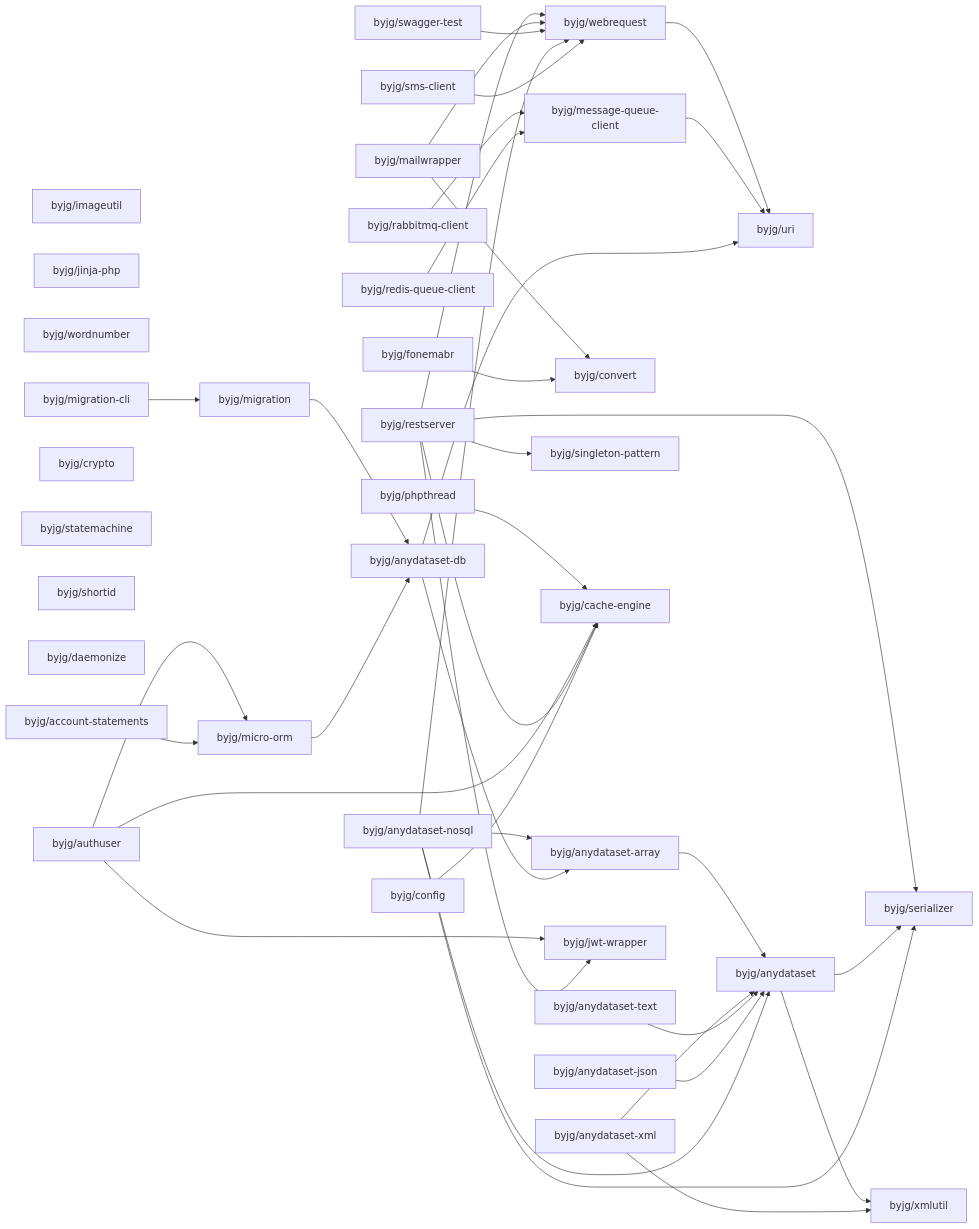
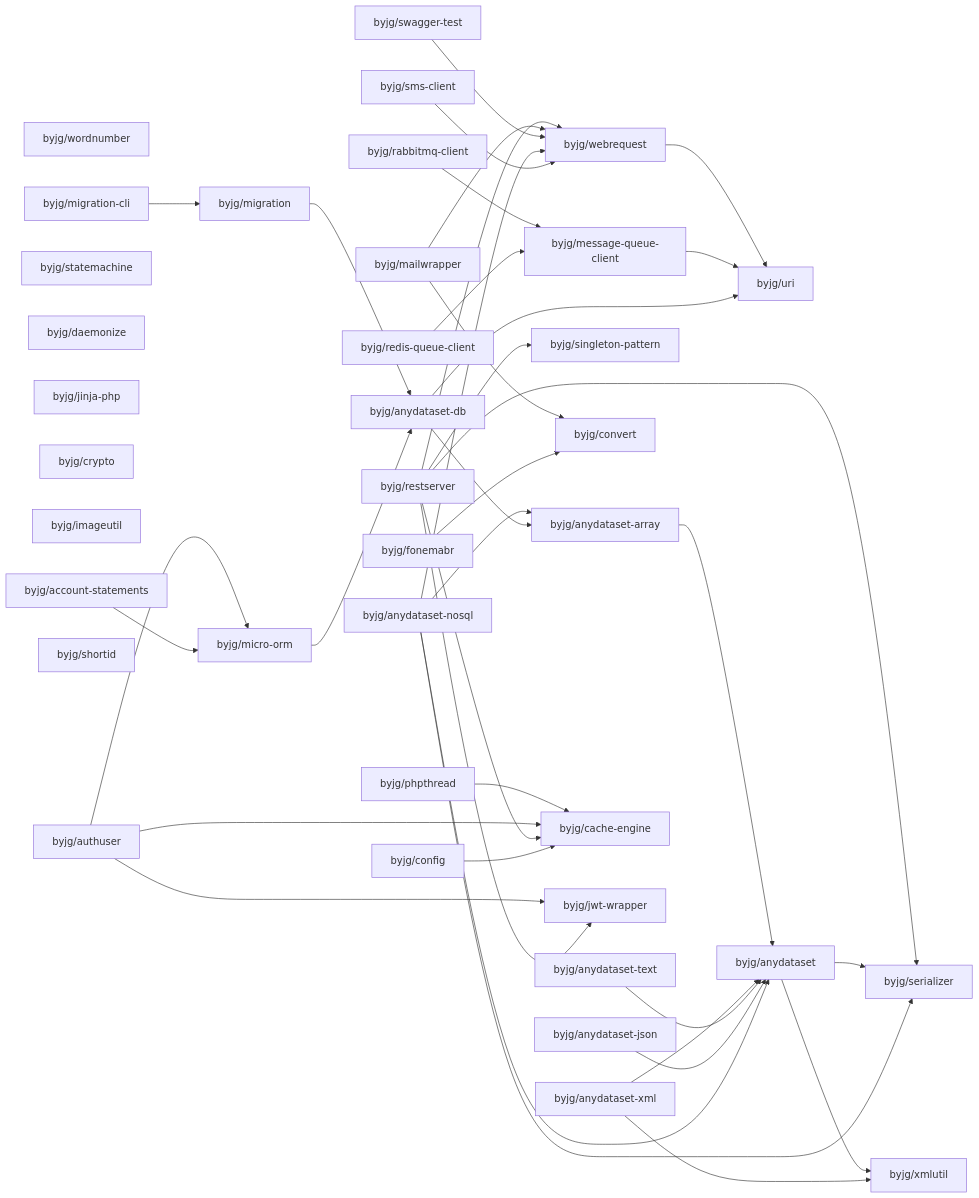
Before and after one commit to byjg/byjg.github.io: the diagram in docs/php/README.md, drawn with Mermaid. The commit also changed other lines of this file, not shown here.

Commit message:
Update documentation 'php' 'php-anydataset-db'

````diff
--- a/docs/php/README.md
+++ b/docs/php/README.md
@@ -3,76 +3,76 @@
 ```mermaid
 graph LR;
   byjg/anydataset-nosql;
-  byjg/imageutil;
+  byjg/wordnumber;
+  byjg/migration-cli;
+  byjg/sms-client;
+  byjg/statemachine;
+  byjg/anydataset-text;
+  byjg/daemonize;
+  byjg/restserver;
+  byjg/rabbitmq-client;
+  byjg/swagger-test;
+  byjg/jinja-php;
   byjg/phpthread;
-  byjg/anydataset-text;
-  byjg/jinja-php;
-  byjg/wordnumber;
   byjg/redis-queue-client;
-  byjg/migration-cli;
-  byjg/anydataset-xml;
-  byjg/swagger-test;
-  byjg/crypto;
-  byjg/statemachine;
+  byjg/fonemabr;
   byjg/anydataset-json;
-  byjg/fonemabr;
-  byjg/shortid;
   byjg/mailwrapper;
   byjg/config;
-  byjg/daemonize;
+  byjg/anydataset-xml;
+  byjg/crypto;
+  byjg/imageutil;
+  byjg/account-statements;
+  byjg/shortid;
   byjg/authuser;
-  byjg/account-statements;
-  byjg/rabbitmq-client;
-  byjg/sms-client;
-  byjg/restserver;
   byjg/migration;
+  byjg/singleton-pattern;
+  byjg/message-queue-client;
   byjg/convert;
+  byjg/webrequest;
   byjg/micro-orm;
-  byjg/message-queue-client;
-  byjg/singleton-pattern;
   byjg/cache-engine;
-  byjg/webrequest;
   byjg/jwt-wrapper;
   byjg/anydataset-db;
   byjg/anydataset-array;
   byjg/uri;
   byjg/anydataset;
   byjg/serializer;
   byjg/xmlutil;
   byjg/phpthread --> byjg/cache-engine;
   byjg/authuser --> byjg/micro-orm;
   byjg/authuser --> byjg/cache-engine;
   byjg/authuser --> byjg/jwt-wrapper;
   byjg/anydataset-array --> byjg/anydataset;
   byjg/restserver --> byjg/serializer;
   byjg/restserver --> byjg/singleton-pattern;
   byjg/restserver --> byjg/cache-engine;
   byjg/restserver --> byjg/webrequest;
   byjg/restserver --> byjg/jwt-wrapper;
   byjg/mailwrapper --> byjg/convert;
   byjg/mailwrapper --> byjg/webrequest;
   byjg/swagger-test --> byjg/webrequest;
   byjg/migration --> byjg/anydataset-db;
   byjg/account-statements --> byjg/micro-orm;
   byjg/anydataset --> byjg/serializer;
   byjg/anydataset --> byjg/xmlutil;
   byjg/fonemabr --> byjg/convert;
   byjg/anydataset-xml --> byjg/anydataset;
   byjg/anydataset-xml --> byjg/xmlutil;
   byjg/webrequest --> byjg/uri;
   byjg/config --> byjg/cache-engine;
   byjg/migration-cli --> byjg/migration;
   byjg/anydataset-text --> byjg/anydataset;
   byjg/micro-orm --> byjg/anydataset-db;
   byjg/message-queue-client --> byjg/uri;
   byjg/anydataset-json --> byjg/anydataset;
   byjg/anydataset-nosql --> byjg/anydataset;
   byjg/anydataset-nosql --> byjg/anydataset-array;
   byjg/anydataset-nosql --> byjg/serializer;
   byjg/anydataset-nosql --> byjg/webrequest;
   byjg/anydataset-db --> byjg/anydataset-array;
   byjg/anydataset-db --> byjg/uri;
   byjg/rabbitmq-client --> byjg/message-queue-client;
   byjg/redis-queue-client --> byjg/message-queue-client;
   byjg/sms-client --> byjg/webrequest;
 ```
````
